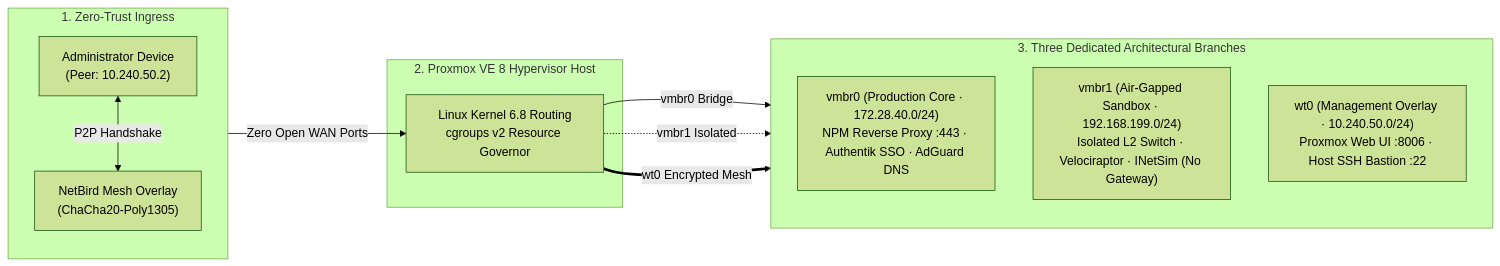
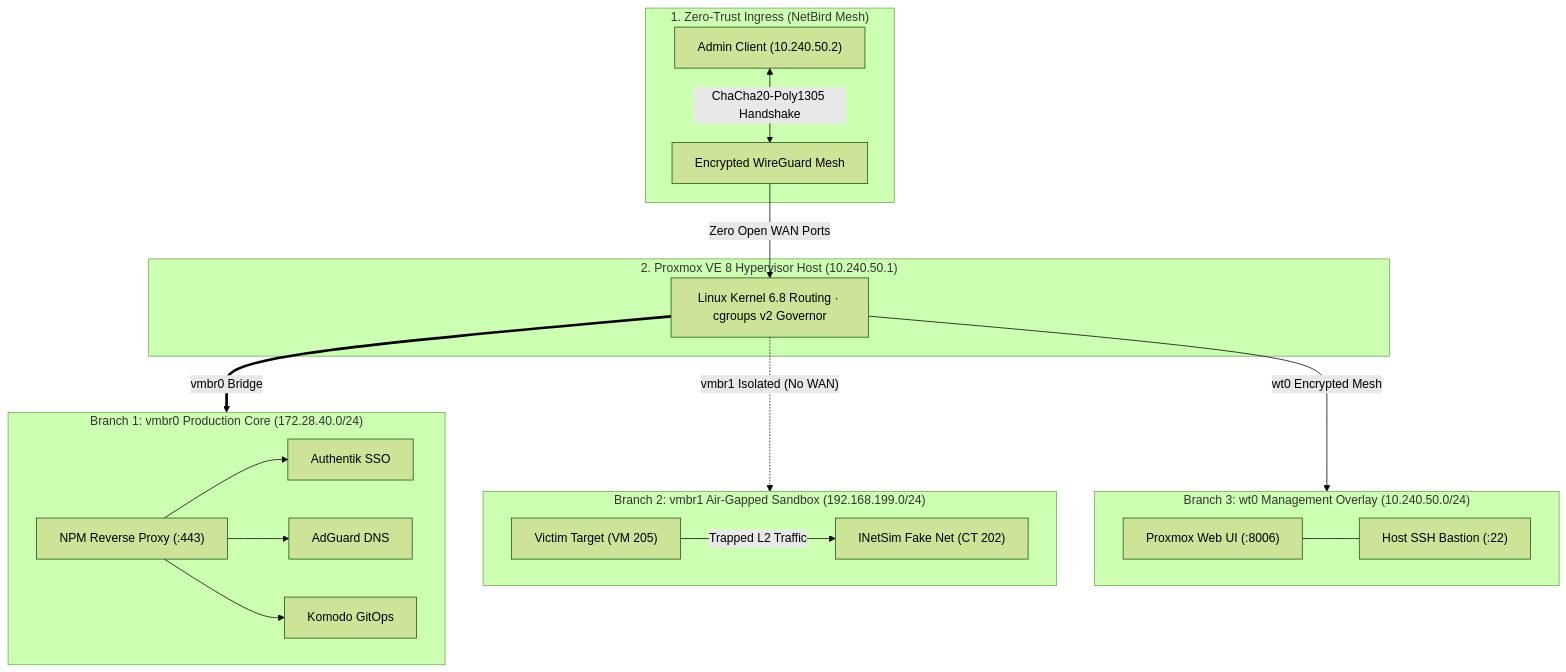
One commit to Lessa-github/homelab-zero-trust-infra changed the second of 3 diagrams in docs/README.md. Above: the diagram before and after it, drawn with Mermaid (forest theme). The commit also changed other lines of this file and 2 other files, not shown here.

Commit message:
docs(ui): polish network topology with 3 branches, disable subMaxLevel, and add vetted open-source repository directory

````diff
--- a/docs/README.md
+++ b/docs/README.md
@@ -51,26 +51,31 @@
 ```mermaid
-graph LR
-    subgraph INGRESS ["1. Zero-Trust Ingress"]
-        direction TB
-        Admin["Administrator Device<br>(Peer: 10.240.50.2)"]
-        Mesh["NetBird Mesh Overlay<br>(ChaCha20-Poly1305)"]
-        Admin <-->|P2P Handshake| Mesh
+flowchart TD
+    subgraph ACCESS ["1. Zero-Trust Ingress (NetBird Mesh)"]
+        Admin["Admin Client (10.240.50.2)"] <-->|"ChaCha20-Poly1305 Handshake"| Overlay["Encrypted WireGuard Mesh"]
     end
 
-    subgraph PVE ["2. Proxmox VE 8 Hypervisor Host"]
-        Kernel["Linux Kernel 6.8 Routing<br>cgroups v2 Resource Governor"]
+    subgraph PVE ["2. Proxmox VE 8 Hypervisor Host (10.240.50.1)"]
+        HostKernel["Linux Kernel 6.8 Routing · cgroups v2 Governor"]
     end
 
-    Mesh -->|Zero Open WAN Ports| Kernel
+    Overlay -->|"Zero Open WAN Ports"| HostKernel
 
-    subgraph EGRESS ["3. Three Dedicated Architectural Branches"]
-        direction TB
-        VMBR0["vmbr0 (Production Core · 172.28.40.0/24)<br>NPM Reverse Proxy :443 · Authentik SSO · AdGuard DNS"]
-        VMBR1["vmbr1 (Air-Gapped Sandbox · 192.168.199.0/24)<br>Isolated L2 Switch · Velociraptor · INetSim (No Gateway)"]
-        WT0["wt0 (Management Overlay · 10.240.50.0/24)<br>Proxmox Web UI :8006 · Host SSH Bastion :22"]
+    subgraph BR0 ["Branch 1: vmbr0 Production Core (172.28.40.0/24)"]
+        direction LR
+        NPM["NPM Reverse Proxy (:443)"] --> AUTH["Authentik SSO"] & ADG["AdGuard DNS"] & KOM["Komodo GitOps"]
     end
 
-    Kernel -->|"vmbr0 Bridge"| VMBR0
-    Kernel -.->|"vmbr1 Isolated"| VMBR1
-    Kernel ==>|"wt0 Encrypted Mesh"| WT0
+    subgraph BR1 ["Branch 2: vmbr1 Air-Gapped Sandbox (192.168.199.0/24)"]
+        direction LR
+        Victim["Victim Target (VM 205)"] -->|"Trapped L2 Traffic"| INetSim["INetSim Fake Net (CT 202)"]
+    end
+
+    subgraph BR2 ["Branch 3: wt0 Management Overlay (10.240.50.0/24)"]
+        direction LR
+        PVEUI["Proxmox Web UI (:8006)"] --- SSH["Host SSH Bastion (:22)"]
+    end
+
+    HostKernel ==>|"vmbr0 Bridge"| BR0
+    HostKernel -.->|"vmbr1 Isolated (No WAN)"| BR1
+    HostKernel -->|"wt0 Encrypted Mesh"| BR2
 ```
````
